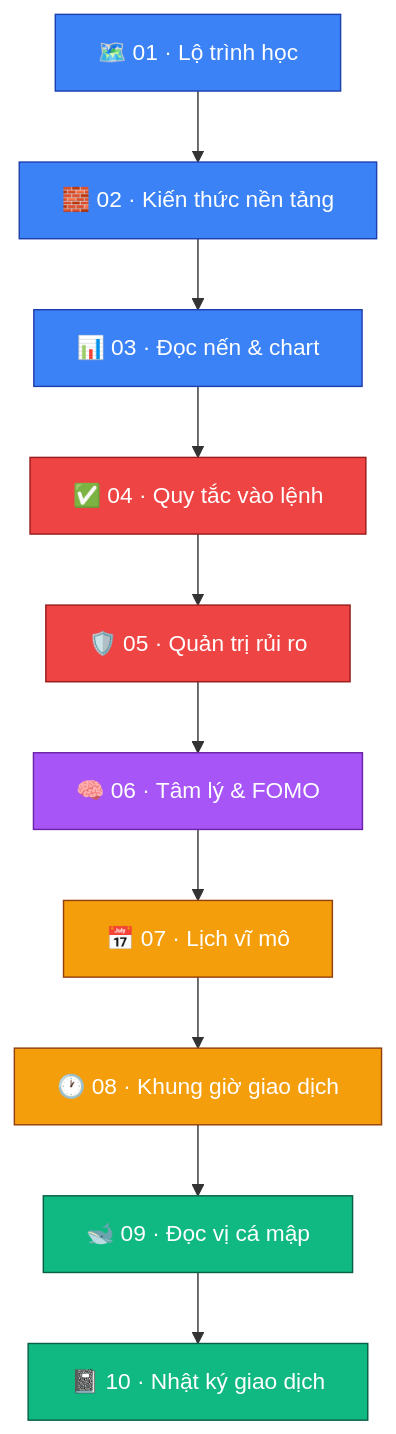
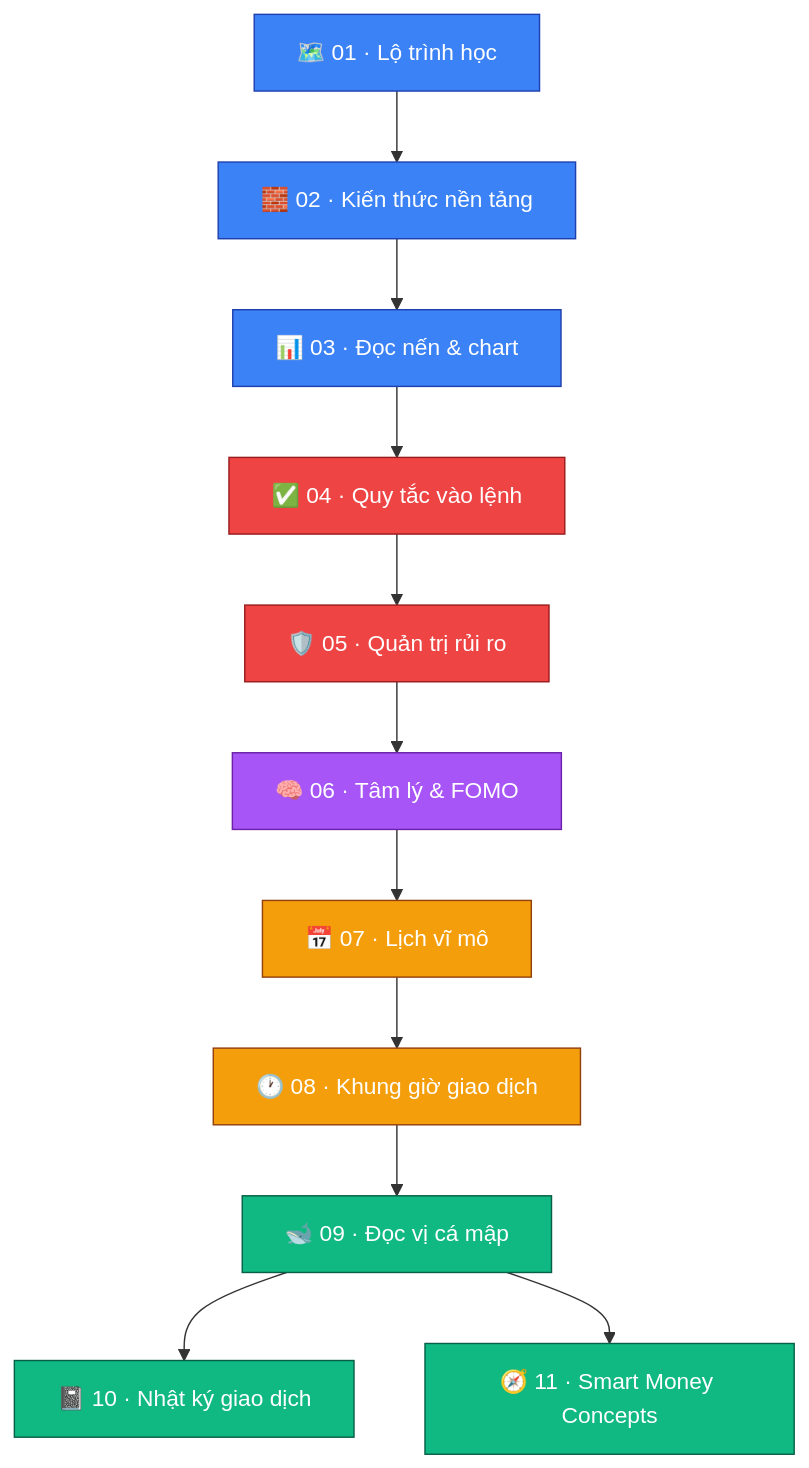
One commit to nhat292/crypto-trading-docs changed the diagram in README.md. Above: the diagram before and after it, drawn with Mermaid. The commit also changed other lines of this file and 4 other files, not shown here.

````diff
--- a/README.md
+++ b/README.md
@@ -30,24 +30,25 @@
 ```mermaid
 flowchart TD
     A["🗺️ 01 · Lộ trình học"] --> B["🧱 02 · Kiến thức nền tảng"]
     B --> C["📊 03 · Đọc nến & chart"]
     C --> D["✅ 04 · Quy tắc vào lệnh"]
     D --> E["🛡️ 05 · Quản trị rủi ro"]
     E --> F["🧠 06 · Tâm lý & FOMO"]
     F --> G["📅 07 · Lịch vĩ mô"]
     G --> H["🕐 08 · Khung giờ giao dịch"]
     H --> I["🐋 09 · Đọc vị cá mập"]
     I --> J["📓 10 · Nhật ký giao dịch"]
+    I --> K["🧭 11 · Smart Money Concepts"]
 
     classDef foundation fill:#3b82f6,stroke:#1e40af,color:#fff
     classDef critical fill:#ef4444,stroke:#991b1b,color:#fff
     classDef psychology fill:#a855f7,stroke:#6b21a8,color:#fff
     classDef macro fill:#f59e0b,stroke:#92400e,color:#fff
     classDef advanced fill:#10b981,stroke:#065f46,color:#fff
 
     class A,B,C foundation
     class D,E critical
     class F psychology
     class G,H macro
-    class I,J advanced
+    class I,J,K advanced
 ```
````
